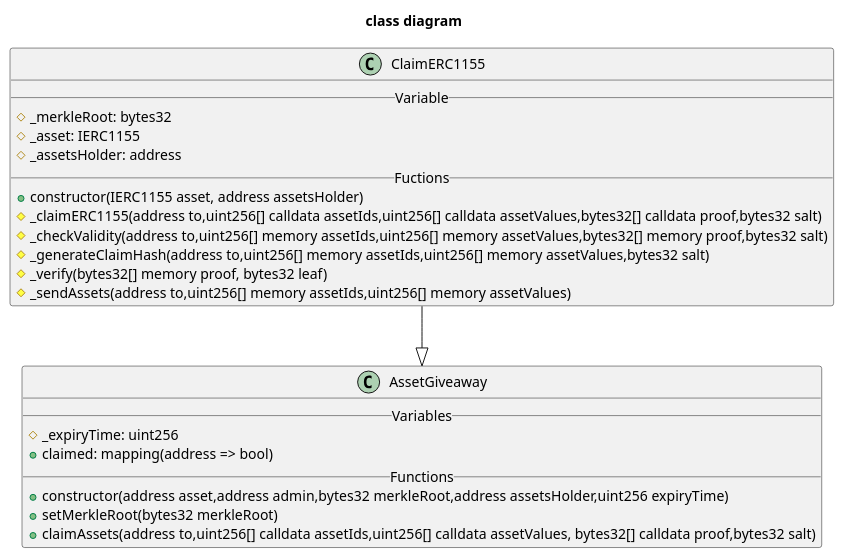
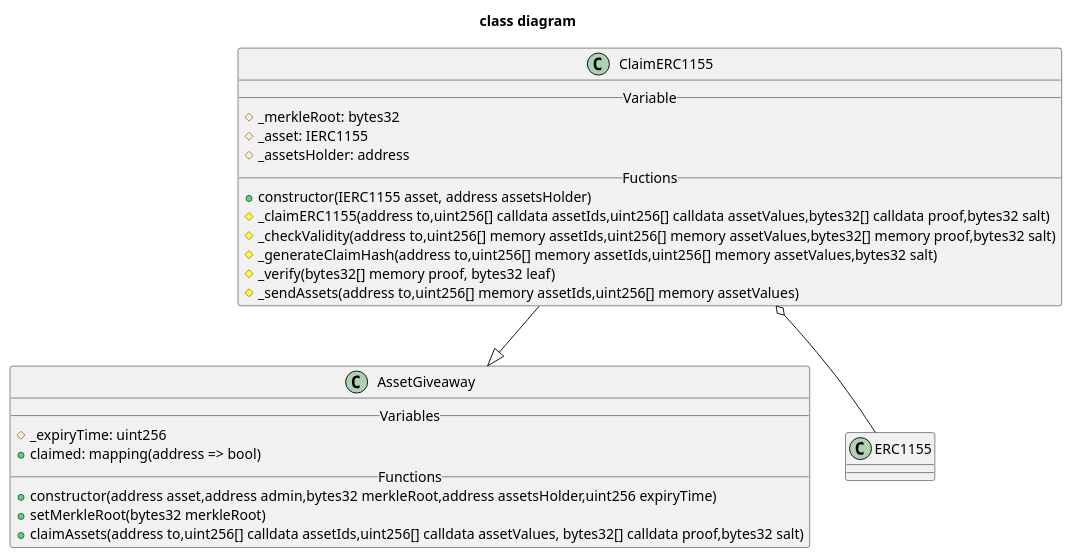
Before and after one commit to thesandboxgame/sandbox-smart-contracts: the second of 2 diagrams in docs/topics/asset/giveaway/single.md, drawn with PlantUML. The commit also changed other lines of this file and 1 other file, not shown here.

````diff
--- a/docs/topics/asset/giveaway/single.md
+++ b/docs/topics/asset/giveaway/single.md
@@ -43,27 +53,31 @@
 ```plantuml
 title class diagram
 class AssetGiveaway {
   __Variables__
   #_expiryTime: uint256
   +claimed: mapping(address => bool)
   __Functions__
   +constructor(address asset,address admin,bytes32 merkleRoot,address assetsHolder,uint256 expiryTime)
   +setMerkleRoot(bytes32 merkleRoot)
   +claimAssets(address to,uint256[] calldata assetIds,uint256[] calldata assetValues, bytes32[] calldata proof,bytes32 salt)
 }
 class ClaimERC1155  {
   __Variable__
   #_merkleRoot: bytes32
   #_asset: IERC1155
   #_assetsHolder: address
   __Fuctions__
   +constructor(IERC1155 asset, address assetsHolder)
   #_claimERC1155(address to,uint256[] calldata assetIds,uint256[] calldata assetValues,bytes32[] calldata proof,bytes32 salt)
   #_checkValidity(address to,uint256[] memory assetIds,uint256[] memory assetValues,bytes32[] memory proof,bytes32 salt)
   #_generateClaimHash(address to,uint256[] memory assetIds,uint256[] memory assetValues,bytes32 salt)
   #_verify(bytes32[] memory proof, bytes32 leaf)
   #_sendAssets(address to,uint256[] memory assetIds,uint256[] memory assetValues)
 }
 
+class ERC1155 {
+}
+
 ClaimERC1155 --|> AssetGiveaway
+ClaimERC1155 o-- ERC1155
 ```
````
